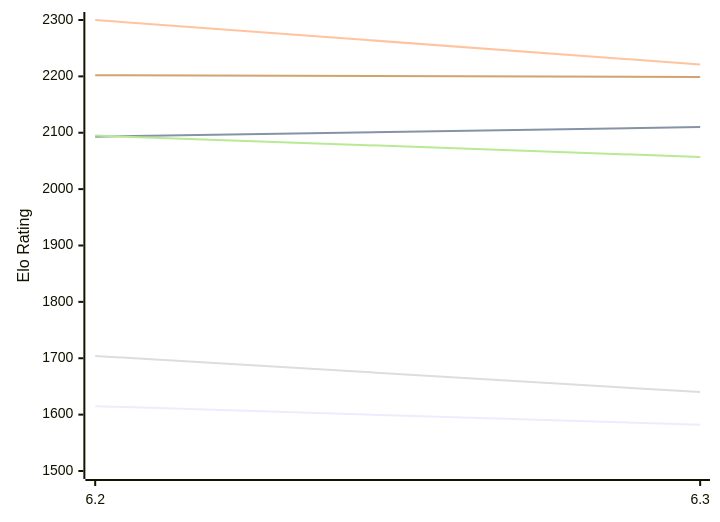
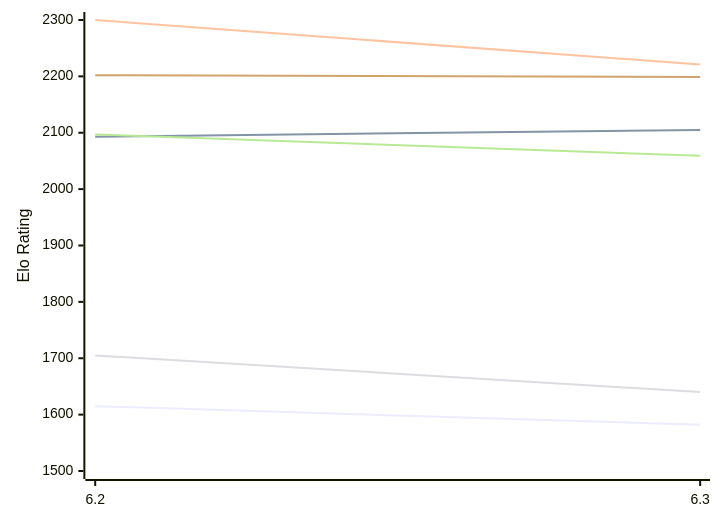
Before and after one commit to computer-chess-index/cci: the first of 2 diagrams in engines/chess4j.md, drawn with Mermaid. The commit also changed other lines of this file, not shown here.

````diff
--- a/engines/chess4j.md
+++ b/engines/chess4j.md
@@ -50,12 +50,12 @@
 ```mermaid
 %%{init: {"theme":"base","themeVariables":{"seriesColors:['#a3a3a3','#222221','#faa371']}}}%%
 xychart-beta
   x-axis ["6.2", "6.3"]
   y-axis "Elo Rating" 1500 --> 2300
   line "E1: STC (8.0+0.08s)" [1615, 1582]
-  line "E1: LTC (60.0+0.60s)" [2093, 2110]
+  line "E1: LTC (60.0+0.60s)" [2093, 2105]
   line "E1: VLTC (2m24s+1.12s)" [2300, 2221]
-  line "P1: STC (8.0+0.08s)" [1704, 1640]
-  line "P1: LTC (60.0+0.60s)" [2095, 2057]
+  line "P1: STC (8.0+0.08s)" [1705, 1640]
+  line "P1: LTC (60.0+0.60s)" [2097, 2059]
   line "P1: VLTC (2m24s+1.12s)" [2202, 2199]
 ```
````
